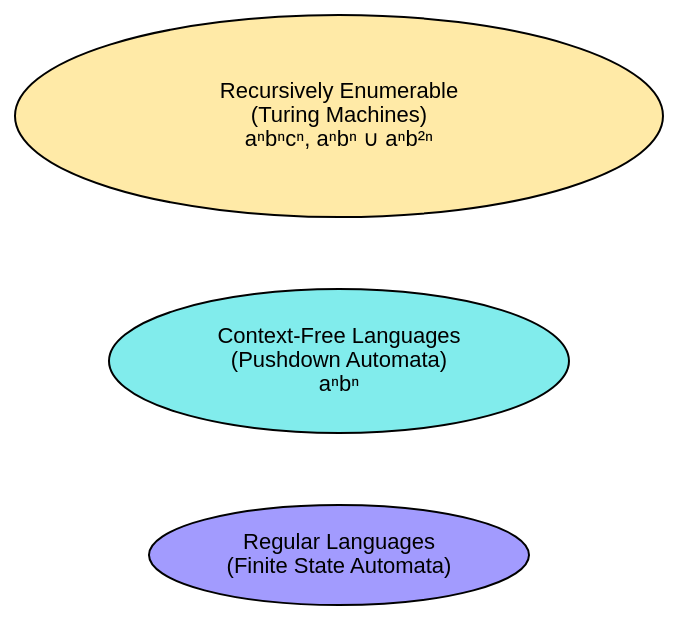
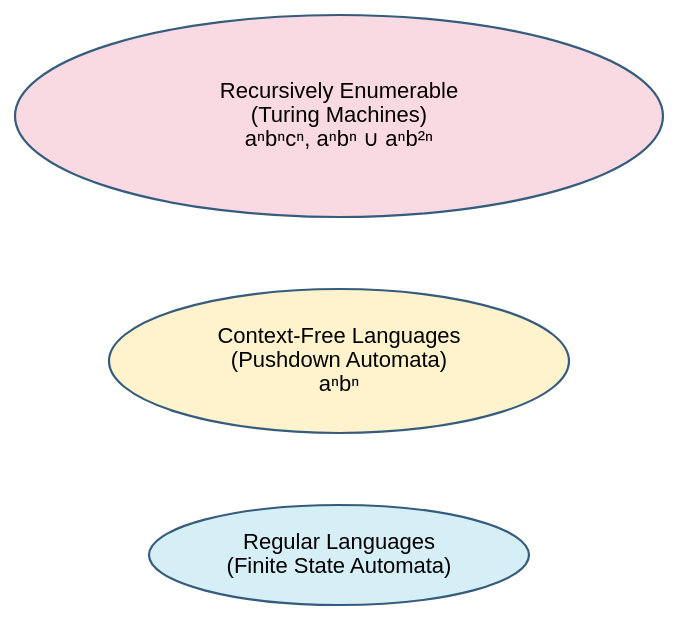
Before and after one commit to p0dyakov/inno_notes: the first of 19 diagrams in semester-2/Theoretical Computer Science/8.qmd, drawn with Graphviz. The commit also changed other lines of this file and 191 other files, not shown here.

````diff
--- a/semester-2/Theoretical Computer Science/8.qmd
+++ b/semester-2/Theoretical Computer Science/8.qmd
@@ -62,17 +60,17 @@
 ```{dot}
 //| fig-cap: "The Chomsky hierarchy: nested classes of formal languages and their corresponding machine models"
 //| fig-width: 5.5
 //| fig-height: 3
 digraph chomsky {
   rankdir=TB;
   bgcolor="transparent";
-  node [fontname="Helvetica", fontsize=11, shape=ellipse, style=filled];
+  node [fontname="Helvetica", fontsize=11, shape=ellipse, style=filled, color="#355c7d", penwidth=1.1];
   edge [style=invis];
 
-  re  [label="Recursively Enumerable\n(Turing Machines)\naⁿbⁿcⁿ, aⁿbⁿ ∪ aⁿb²ⁿ", fillcolor="#ffeaa7", width=4.5, height=1.4];
-  cfl [label="Context-Free Languages\n(Pushdown Automata)\naⁿbⁿ", fillcolor="#81ecec", width=3.2, height=1.0];
-  reg [label="Regular Languages\n(Finite State Automata)", fillcolor="#a29bfe", width=2.2, height=0.7];
+  re  [label="Recursively Enumerable\n(Turing Machines)\naⁿbⁿcⁿ, aⁿbⁿ ∪ aⁿb²ⁿ", fillcolor="#f9d9e2", width=4.5, height=1.4];
+  cfl [label="Context-Free Languages\n(Pushdown Automata)\naⁿbⁿ", fillcolor="#fff3cd", width=3.2, height=1.0];
+  reg [label="Regular Languages\n(Finite State Automata)", fillcolor="#d6eef5", width=2.2, height=0.7];
 
   re -> cfl -> reg;
 }
 ```
````
